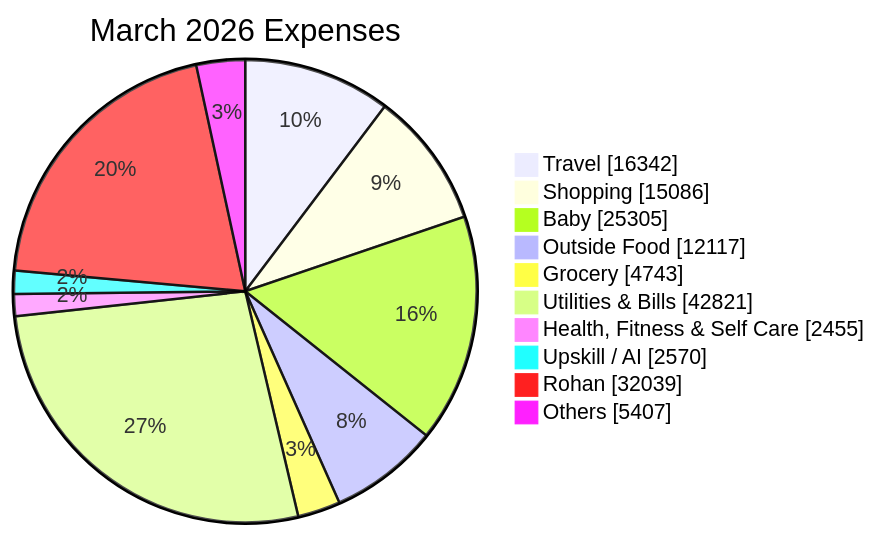
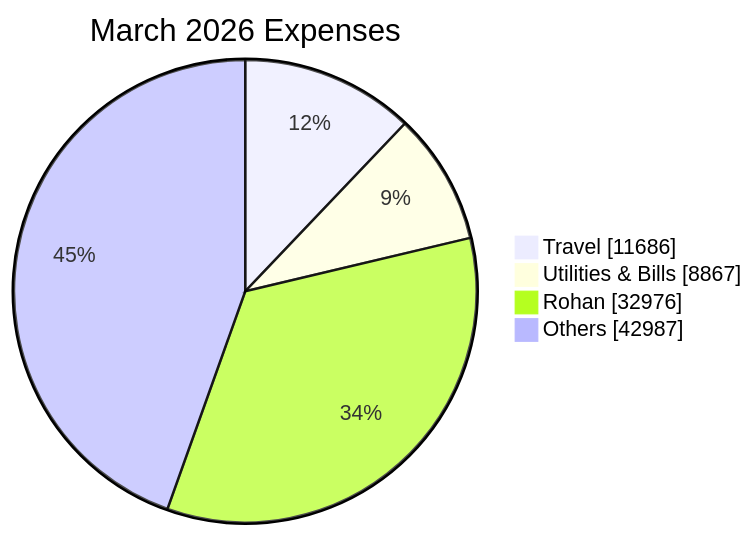
One commit to sachin-hg/expense-reporter changed the second of 2 diagrams in reports/2026-03.md. Above: the diagram before and after it, drawn with Mermaid. The commit also changed other lines of this file and 7 other files, not shown here.

````diff
--- a/reports/2026-03.md
+++ b/reports/2026-03.md
@@ -42,14 +44,8 @@
 ```mermaid
 pie showData
     title March 2026 Expenses
-    "Travel" : 16342
-    "Shopping" : 15086
-    "Baby" : 25305
-    "Outside Food" : 12117
-    "Grocery" : 4743
-    "Utilities & Bills" : 42821
-    "Health, Fitness & Self Care" : 2455
-    "Upskill / AI" : 2570
-    "Rohan" : 32039
-    "Others" : 5407
+    "Travel" : 11686
+    "Utilities & Bills" : 8867
+    "Rohan" : 32976
+    "Others" : 42987
 ```
````
